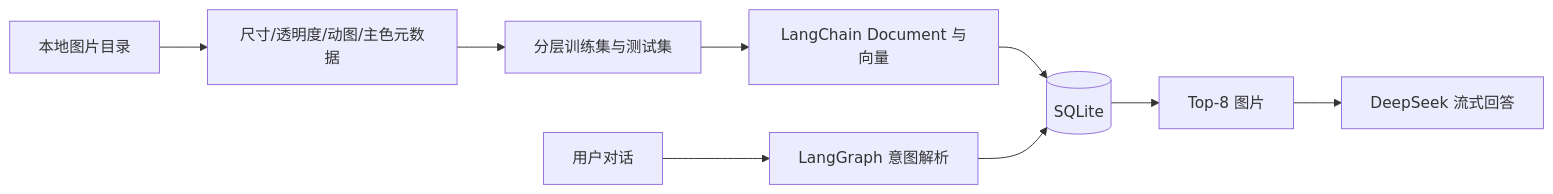
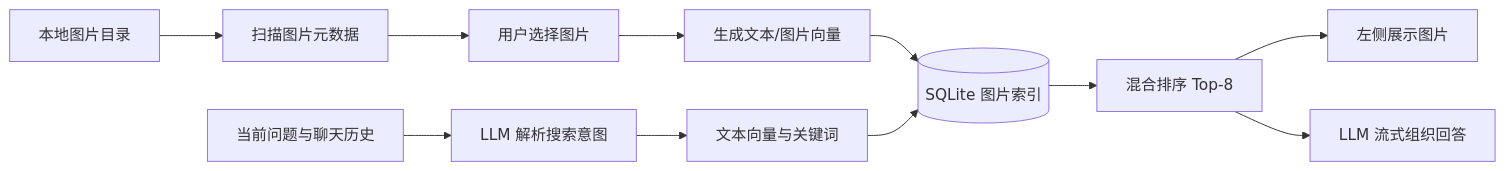
One commit to Kydon-ai/IMGM changed the diagram in README.md. Above: the diagram before and after it, drawn with Mermaid. The commit also changed other lines of this file, not shown here.

````diff
--- a/README.md
+++ b/README.md
@@ -191,11 +424,13 @@
 ```mermaid
 flowchart LR
-    A[本地图片目录] --> B[尺寸/透明度/动图/主色元数据]
-    B --> C[分层训练集与测试集]
-    C --> D[LangChain Document 与向量]
-    D --> E[(SQLite)]
-    F[用户对话] --> G[LangGraph 意图解析]
-    G --> E
-    E --> H[Top-8 图片]
-    H --> I[DeepSeek 流式回答]
+    A[本地图片目录] --> B[扫描图片元数据]
+    B --> C[用户选择图片]
+    C --> D[生成文本/图片向量]
+    D --> E[(SQLite 图片索引)]
+    F[当前问题与聊天历史] --> G[LLM 解析搜索意图]
+    G --> H[文本向量与关键词]
+    H --> E
+    E --> I[混合排序 Top-8]
+    I --> J[左侧展示图片]
+    I --> K[LLM 流式组织回答]
 ```
````
